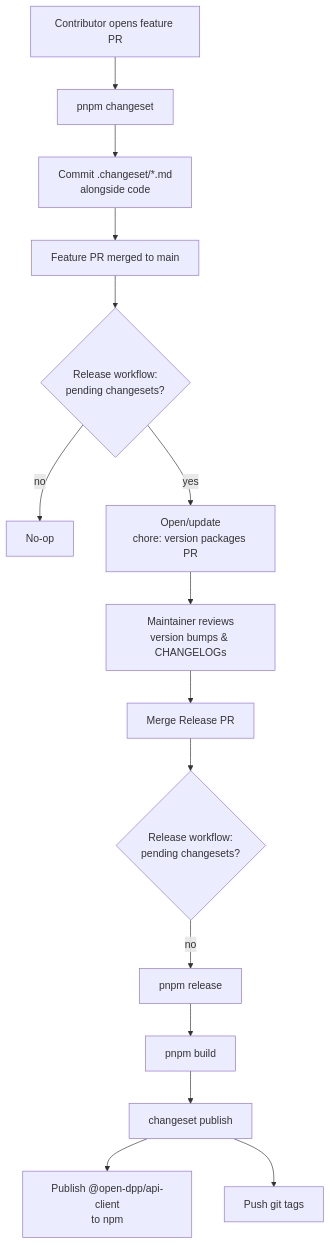
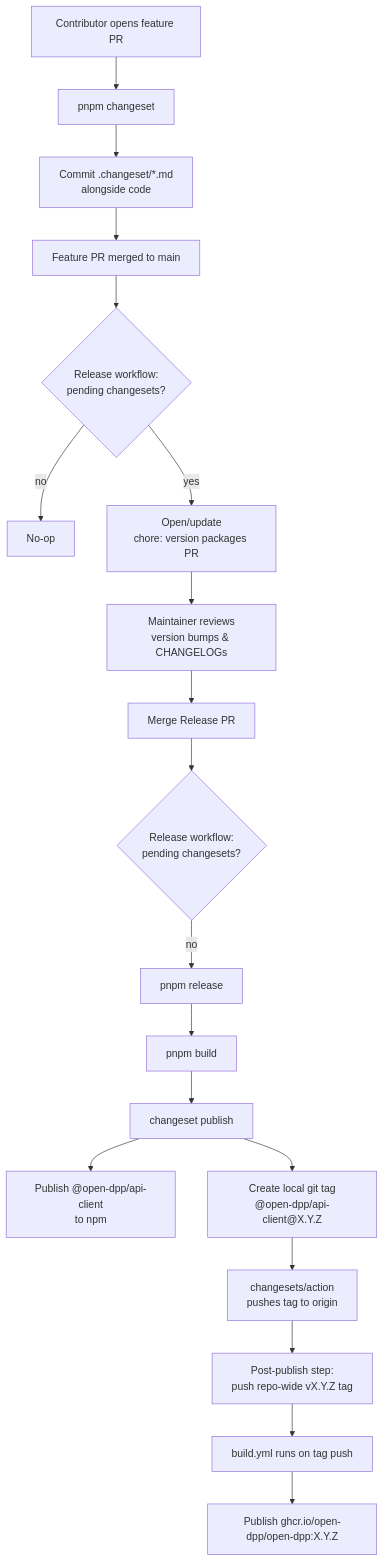
The first of 2 diagrams in RELEASING.md (open-dpp/open-dpp), drawn with Mermaid before and after one commit. The commit also changed other lines of this file, not shown here.

Commit message:
docs: update RELEASING.md for dual-package publish

````diff
--- a/RELEASING.md
+++ b/RELEASING.md
@@ -17,17 +17,21 @@
 ```mermaid
 flowchart TD
     A[Contributor opens feature PR] --> B[pnpm changeset]
     B --> C[Commit .changeset/*.md<br/>alongside code]
     C --> D[Feature PR merged to main]
     D --> E{Release workflow:<br/>pending changesets?}
     E -- no --> Z[No-op]
     E -- yes --> F[Open/update<br/>chore: version packages PR]
     F --> G[Maintainer reviews<br/>version bumps & CHANGELOGs]
     G --> H[Merge Release PR]
     H --> I{Release workflow:<br/>pending changesets?}
     I -- no --> J[pnpm release]
     J --> K[pnpm build]
     K --> L[changeset publish]
     L --> M[Publish @open-dpp/api-client<br/>to npm]
-    L --> N[Push git tags]
+    L --> N[Create local git tag<br/>@open-dpp/api-client@X.Y.Z]
+    N --> O[changesets/action<br/>pushes tag to origin]
+    O --> P[Post-publish step:<br/>push repo-wide vX.Y.Z tag]
+    P --> Q[build.yml runs on tag push]
+    Q --> R[Publish ghcr.io/open-dpp/open-dpp:X.Y.Z]
 ```
````
